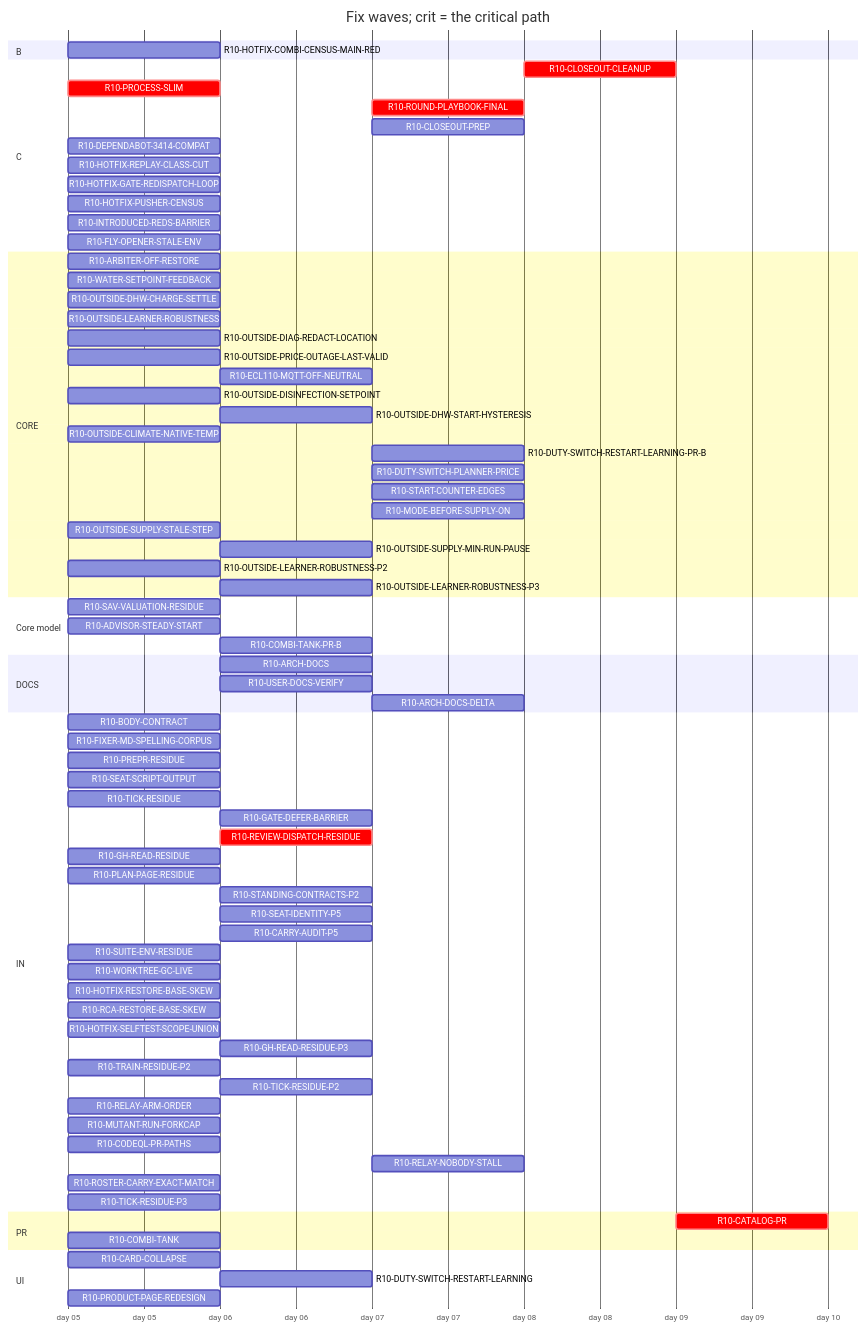
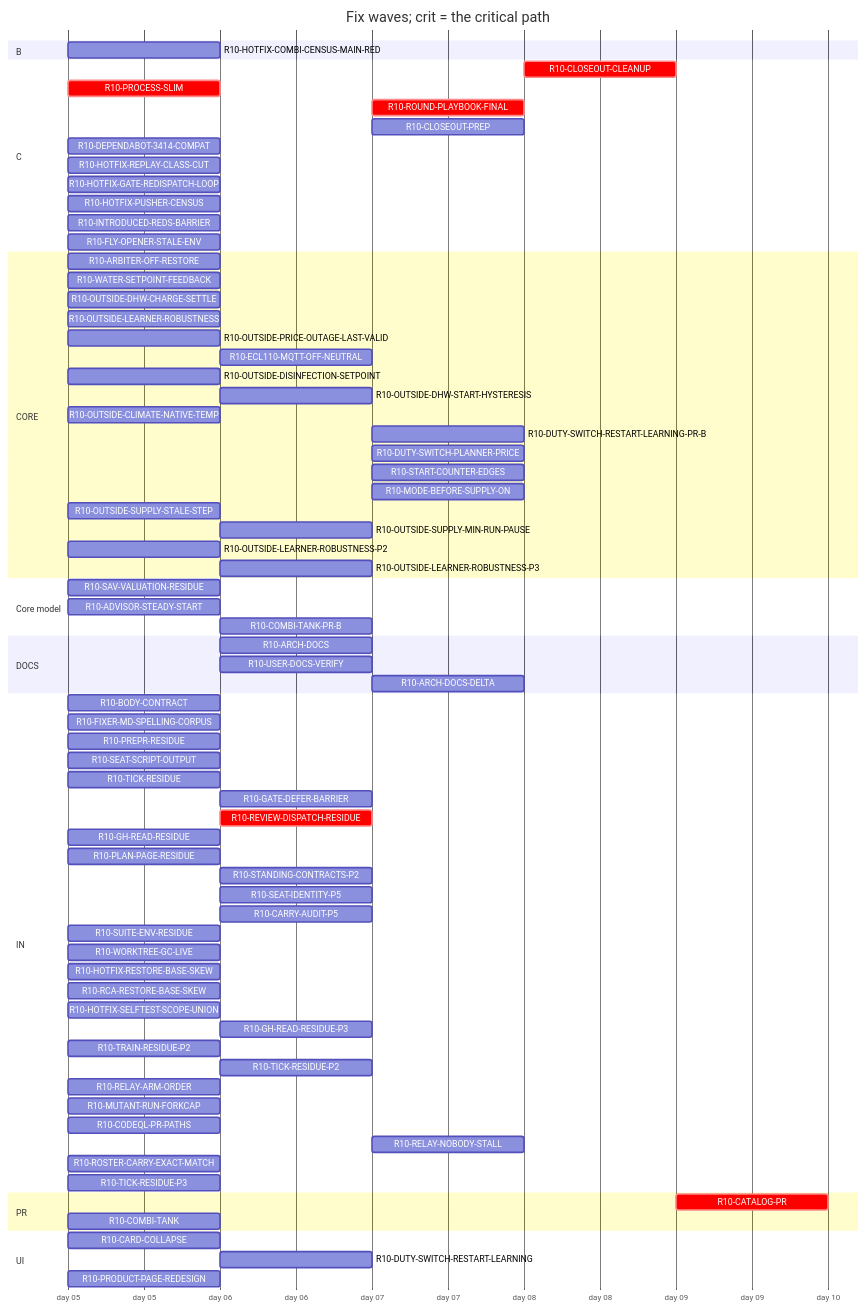
One commit to tvofi/heatpump_optimizer changed the diagram in handoff/round10/state/PLAN-TABLE.md. Above: the diagram before and after it, drawn with Mermaid. The commit also changed other lines of this file and 3 other files, not shown here.

Commit message:
state: FLOW-BOARD.md, NEXT-SESSION-PROMPT.md, PLAN-TABLE.md, RESUME-CURRENT.md regenerated (state_docs.py)

````diff
--- a/handoff/round10/state/PLAN-TABLE.md
+++ b/handoff/round10/state/PLAN-TABLE.md
@@ -21,80 +21,79 @@
 ```mermaid
 gantt
   title Fix waves; crit = the critical path
   dateFormat YYYY-MM-DD
   axisFormat day %d
   section B
     R10-HOTFIX-COMBI-CENSUS-MAIN-RED :r10HOTFIXCOMBICENSUSMAINRED, 2026-01-05, 1d
   section C
     R10-CLOSEOUT-CLEANUP :crit, r10CLOSEOUTCLEANUP, after r10ARCHDOCS r10USERDOCSVERIFY r10ROUNDPLAYBOOKFINAL r10CLOSEOUTPREP r10ARCHDOCSDELTA, 1d
     R10-PROCESS-SLIM :crit, r10PROCESSSLIM, 2026-01-05, 1d
     R10-ROUND-PLAYBOOK-FINAL :crit, r10ROUNDPLAYBOOKFINAL, after r10BODYCONTRACT r10PROCESSSLIM r10FIXERMDSPELLINGCORPUS r10PREPRRESIDUE r10SEATSCRIPTOUTPUT r10REVIEWDISPATCHRESIDUE r10CARRYAUDITP5 r10TICKRESIDUE r10SEATIDENTITYP5 r10STANDINGCONTRACTSP2 r10PLANPAGERESIDUE r10GHREADRESIDUE r10SUITEENVRESIDUE r10GATEDEFERBARRIER r10WORKTREEGCLIVE, 1d
     R10-CLOSEOUT-PREP :r10CLOSEOUTPREP, after r10ARCHDOCS r10BODYCONTRACT r10PROCESSSLIM r10FIXERMDSPELLINGCORPUS r10PREPRRESIDUE r10SEATSCRIPTOUTPUT r10REVIEWDISPATCHRESIDUE r10CARRYAUDITP5 r10TICKRESIDUE r10SEATIDENTITYP5 r10STANDINGCONTRACTSP2 r10PLANPAGERESIDUE r10GHREADRESIDUE r10SUITEENVRESIDUE r10GATEDEFERBARRIER r10WORKTREEGCLIVE, 1d
     R10-DEPENDABOT-3414-COMPAT :r10DEPENDABOT3414COMPAT, 2026-01-05, 1d
     R10-HOTFIX-REPLAY-CLASS-CUT :r10HOTFIXREPLAYCLASSCUT, 2026-01-05, 1d
     R10-HOTFIX-GATE-REDISPATCH-LOOP :r10HOTFIXGATEREDISPATCHLOOP, 2026-01-05, 1d
     R10-HOTFIX-PUSHER-CENSUS :r10HOTFIXPUSHERCENSUS, 2026-01-05, 1d
     R10-INTRODUCED-REDS-BARRIER :r10INTRODUCEDREDSBARRIER, 2026-01-05, 1d
     R10-FLY-OPENER-STALE-ENV :r10FLYOPENERSTALEENV, 2026-01-05, 1d
   section CORE
     R10-ARBITER-OFF-RESTORE :r10ARBITEROFFRESTORE, 2026-01-05, 1d
     R10-WATER-SETPOINT-FEEDBACK :r10WATERSETPOINTFEEDBACK, 2026-01-05, 1d
     R10-OUTSIDE-DHW-CHARGE-SETTLE :r10OUTSIDEDHWCHARGESETTLE, 2026-01-05, 1d
     R10-OUTSIDE-LEARNER-ROBUSTNESS :r10OUTSIDELEARNERROBUSTNESS, 2026-01-05, 1d
-    R10-OUTSIDE-DIAG-REDACT-LOCATION :r10OUTSIDEDIAGREDACTLOCATION, 2026-01-05, 1d
     R10-OUTSIDE-PRICE-OUTAGE-LAST-VALID :r10OUTSIDEPRICEOUTAGELASTVALID, 2026-01-05, 1d
     R10-ECL110-MQTT-OFF-NEUTRAL :r10ECL110MQTTOFFNEUTRAL, after r10ARBITEROFFRESTORE, 1d
     R10-OUTSIDE-DISINFECTION-SETPOINT :r10OUTSIDEDISINFECTIONSETPOINT, 2026-01-05, 1d
     R10-OUTSIDE-DHW-START-HYSTERESIS :r10OUTSIDEDHWSTARTHYSTERESIS, after r10OUTSIDEDISINFECTIONSETPOINT, 1d
     R10-OUTSIDE-CLIMATE-NATIVE-TEMP :r10OUTSIDECLIMATENATIVETEMP, 2026-01-05, 1d
     R10-DUTY-SWITCH-RESTART-LEARNING-PR-B :r10DUTYSWITCHRESTARTLEARNINGPRB, after r10DUTYSWITCHRESTARTLEARNING, 1d
     R10-DUTY-SWITCH-PLANNER-PRICE :r10DUTYSWITCHPLANNERPRICE, after r10DUTYSWITCHRESTARTLEARNING, 1d
     R10-START-COUNTER-EDGES :r10STARTCOUNTEREDGES, after r10DUTYSWITCHRESTARTLEARNING, 1d
     R10-MODE-BEFORE-SUPPLY-ON :r10MODEBEFORESUPPLYON, after r10DUTYSWITCHRESTARTLEARNING, 1d
     R10-OUTSIDE-SUPPLY-STALE-STEP :r10OUTSIDESUPPLYSTALESTEP, 2026-01-05, 1d
     R10-OUTSIDE-SUPPLY-MIN-RUN-PAUSE :r10OUTSIDESUPPLYMINRUNPAUSE, after r10OUTSIDESUPPLYSTALESTEP, 1d
     R10-OUTSIDE-LEARNER-ROBUSTNESS-P2 :r10OUTSIDELEARNERROBUSTNESSP2, 2026-01-05, 1d
     R10-OUTSIDE-LEARNER-ROBUSTNESS-P3 :r10OUTSIDELEARNERROBUSTNESSP3, after r10OUTSIDELEARNERROBUSTNESS r10OUTSIDELEARNERROBUSTNESSP2, 1d
   section Core model
     R10-SAV-VALUATION-RESIDUE :r10SAVVALUATIONRESIDUE, 2026-01-05, 1d
     R10-ADVISOR-STEADY-START :r10ADVISORSTEADYSTART, 2026-01-05, 1d
     R10-COMBI-TANK-PR-B :r10COMBITANKPRB, after r10COMBITANK, 1d
   section DOCS
     R10-ARCH-DOCS :r10ARCHDOCS, after r10BODYCONTRACT r10PROCESSSLIM, 1d
     R10-USER-DOCS-VERIFY :r10USERDOCSVERIFY, after r10ARBITEROFFRESTORE r10COMBITANK r10PRODUCTPAGEREDESIGN, 1d
     R10-ARCH-DOCS-DELTA :r10ARCHDOCSDELTA, after r10ARCHDOCS r10ARBITEROFFRESTORE r10COMBITANK r10SAVVALUATIONRESIDUE r10ADVISORSTEADYSTART r10COMBITANKPRB, 1d
   section IN
     R10-BODY-CONTRACT :r10BODYCONTRACT, 2026-01-05, 1d
     R10-FIXER-MD-SPELLING-CORPUS :r10FIXERMDSPELLINGCORPUS, 2026-01-05, 1d
     R10-PREPR-RESIDUE :r10PREPRRESIDUE, 2026-01-05, 1d
     R10-SEAT-SCRIPT-OUTPUT :r10SEATSCRIPTOUTPUT, 2026-01-05, 1d
     R10-TICK-RESIDUE :r10TICKRESIDUE, 2026-01-05, 1d
     R10-GATE-DEFER-BARRIER :r10GATEDEFERBARRIER, after r10TICKRESIDUE, 1d
     R10-REVIEW-DISPATCH-RESIDUE :crit, r10REVIEWDISPATCHRESIDUE, after r10PROCESSSLIM, 1d
     R10-GH-READ-RESIDUE :r10GHREADRESIDUE, 2026-01-05, 1d
     R10-PLAN-PAGE-RESIDUE :r10PLANPAGERESIDUE, 2026-01-05, 1d
     R10-STANDING-CONTRACTS-P2 :r10STANDINGCONTRACTSP2, after r10FIXERMDSPELLINGCORPUS, 1d
     R10-SEAT-IDENTITY-P5 :r10SEATIDENTITYP5, after r10TICKRESIDUE, 1d
     R10-CARRY-AUDIT-P5 :r10CARRYAUDITP5, after r10BODYCONTRACT, 1d
     R10-SUITE-ENV-RESIDUE :r10SUITEENVRESIDUE, 2026-01-05, 1d
     R10-WORKTREE-GC-LIVE :r10WORKTREEGCLIVE, 2026-01-05, 1d
     R10-HOTFIX-RESTORE-BASE-SKEW :r10HOTFIXRESTOREBASESKEW, 2026-01-05, 1d
     R10-RCA-RESTORE-BASE-SKEW :r10RCARESTOREBASESKEW, 2026-01-05, 1d
     R10-HOTFIX-SELFTEST-SCOPE-UNION :r10HOTFIXSELFTESTSCOPEUNION, 2026-01-05, 1d
     R10-GH-READ-RESIDUE-P3 :r10GHREADRESIDUEP3, after r10TICKRESIDUE r10GHREADRESIDUE, 1d
     R10-TRAIN-RESIDUE-P2 :r10TRAINRESIDUEP2, 2026-01-05, 1d
     R10-TICK-RESIDUE-P2 :r10TICKRESIDUEP2, after r10TICKRESIDUE, 1d
     R10-RELAY-ARM-ORDER :r10RELAYARMORDER, 2026-01-05, 1d
     R10-MUTANT-RUN-FORKCAP :r10MUTANTRUNFORKCAP, 2026-01-05, 1d
     R10-CODEQL-PR-PATHS :r10CODEQLPRPATHS, 2026-01-05, 1d
     R10-RELAY-NOBODY-STALL :r10RELAYNOBODYSTALL, after r10RELAYARMORDER r10REVIEWDISPATCHRESIDUE, 1d
     R10-ROSTER-CARRY-EXACT-MATCH :r10ROSTERCARRYEXACTMATCH, 2026-01-05, 1d
     R10-TICK-RESIDUE-P3 :r10TICKRESIDUEP3, 2026-01-05, 1d
   section PR
     R10-CATALOG-PR :crit, r10CATALOGPR, after r10USERDOCSVERIFY r10ARCHDOCS r10ROUNDPLAYBOOKFINAL r10CLOSEOUTCLEANUP r10CLOSEOUTPREP r10ARCHDOCSDELTA, 1d
     R10-COMBI-TANK :r10COMBITANK, 2026-01-05, 1d
   section UI
     R10-CARD-COLLAPSE :r10CARDCOLLAPSE, 2026-01-05, 1d
     R10-DUTY-SWITCH-RESTART-LEARNING :r10DUTYSWITCHRESTARTLEARNING, after r10WATERSETPOINTFEEDBACK, 1d
     R10-PRODUCT-PAGE-REDESIGN :r10PRODUCTPAGEREDESIGN, 2026-01-05, 1d
 ```
````
